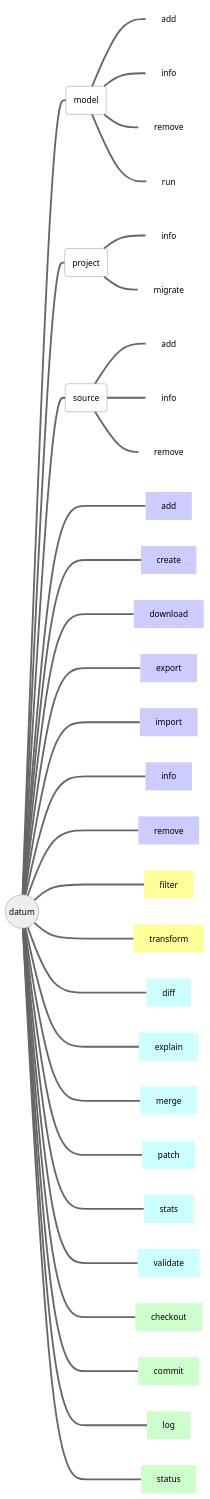
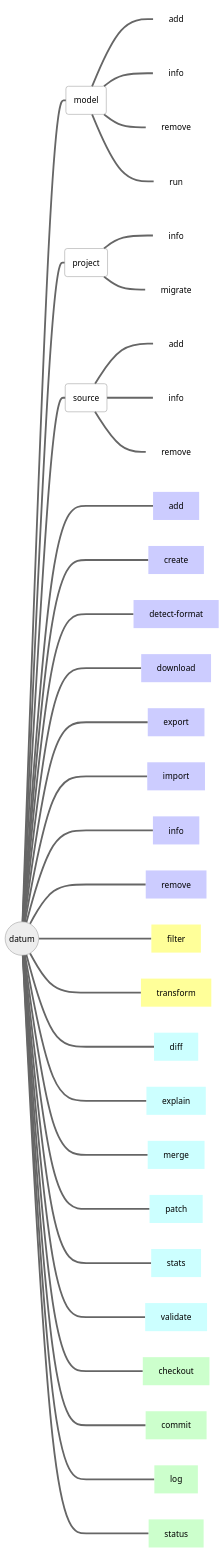
Before and after one commit to openvinotoolkit/datumaro: the diagram in site/content/en/docs/user-manual/command-reference/_index.md, drawn with Mermaid. The commit also changed 2 other files, not shown here.

Commit message:
Add documentation for the detect-format command

````diff
--- a/site/content/en/docs/user-manual/command-reference/_index.md
+++ b/site/content/en/docs/user-manual/command-reference/_index.md
@@ -10,47 +10,48 @@
 ```mermaid
 %%{init { 'theme':'neutral' }}%%
 flowchart LR
   d(("#0009; datum #0009;")):::mainclass
   m(model):::nofillclass
   p(project):::nofillclass
   s(source):::nofillclass
 
   d===m
     m===m_add[add]:::hideclass
     m===m_info[info]:::hideclass
     m===m_remove[remove]:::hideclass
     m===m_run[run]:::hideclass
   d===p
     p===p_info[info]:::hideclass
     p===p_migrate[migrate]:::hideclass
   d===s
     s===s_add[add]:::hideclass
     s===s_info[info]:::hideclass
     s===s_remove[remove]:::hideclass
   d====_add[add]:::filloneclass
   d====_create[create]:::filloneclass
+  d====_detect_format[detect-format]:::filloneclass
   d====_download[download]:::filloneclass
   d====_export[export]:::filloneclass
   d====_import[import]:::filloneclass
   d====_info[info]:::filloneclass
   d====_remove[remove]:::filloneclass
   d====_filter[filter]:::filltwoclass
   d====_transform[transform]:::filltwoclass
   d====_diff[diff]:::fillthreeclass
   d====_explain[explain]:::fillthreeclass
   d====_merge[merge]:::fillthreeclass
   d====_patch[patch]:::fillthreeclass
   d====_stats[stats]:::fillthreeclass
   d====_validate[validate]:::fillthreeclass
   d====_checkout[checkout]:::fillfourclass
   d====_commit[commit]:::fillfourclass
   d====_log[log]:::fillfourclass
   d====_status[status]:::fillfourclass
 
   classDef nofillclass fill-opacity:0;
   classDef hideclass fill-opacity:0,stroke-opacity:0;
   classDef filloneclass fill:#CCCCFF,stroke-opacity:0;
   classDef filltwoclass fill:#FFFF99,stroke-opacity:0;
   classDef fillthreeclass fill:#CCFFFF,stroke-opacity:0;
   classDef fillfourclass fill:#CCFFCC,stroke-opacity:0;
 ```
````
